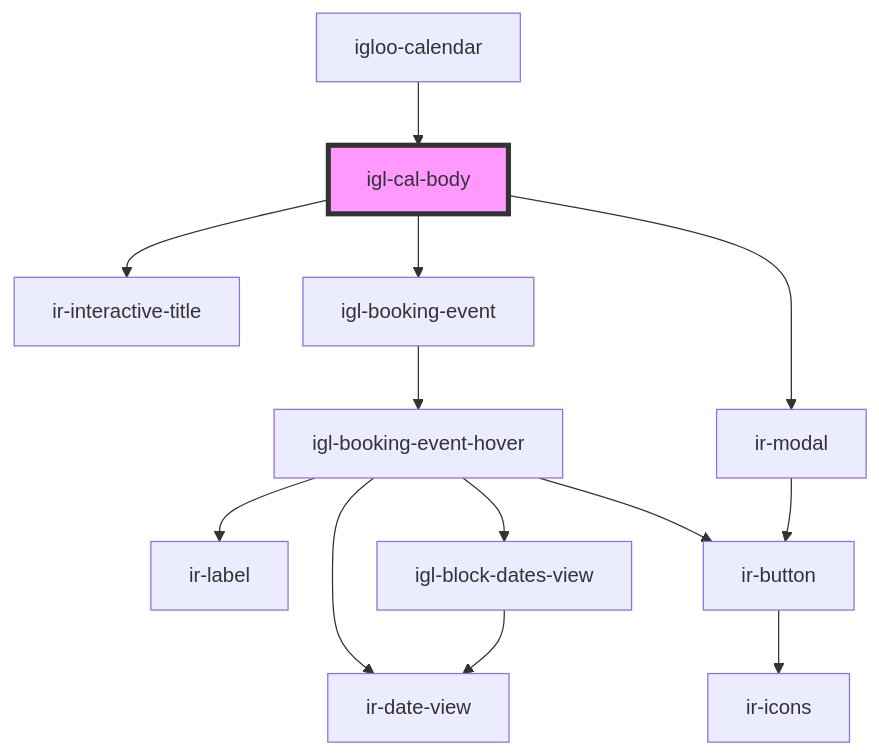
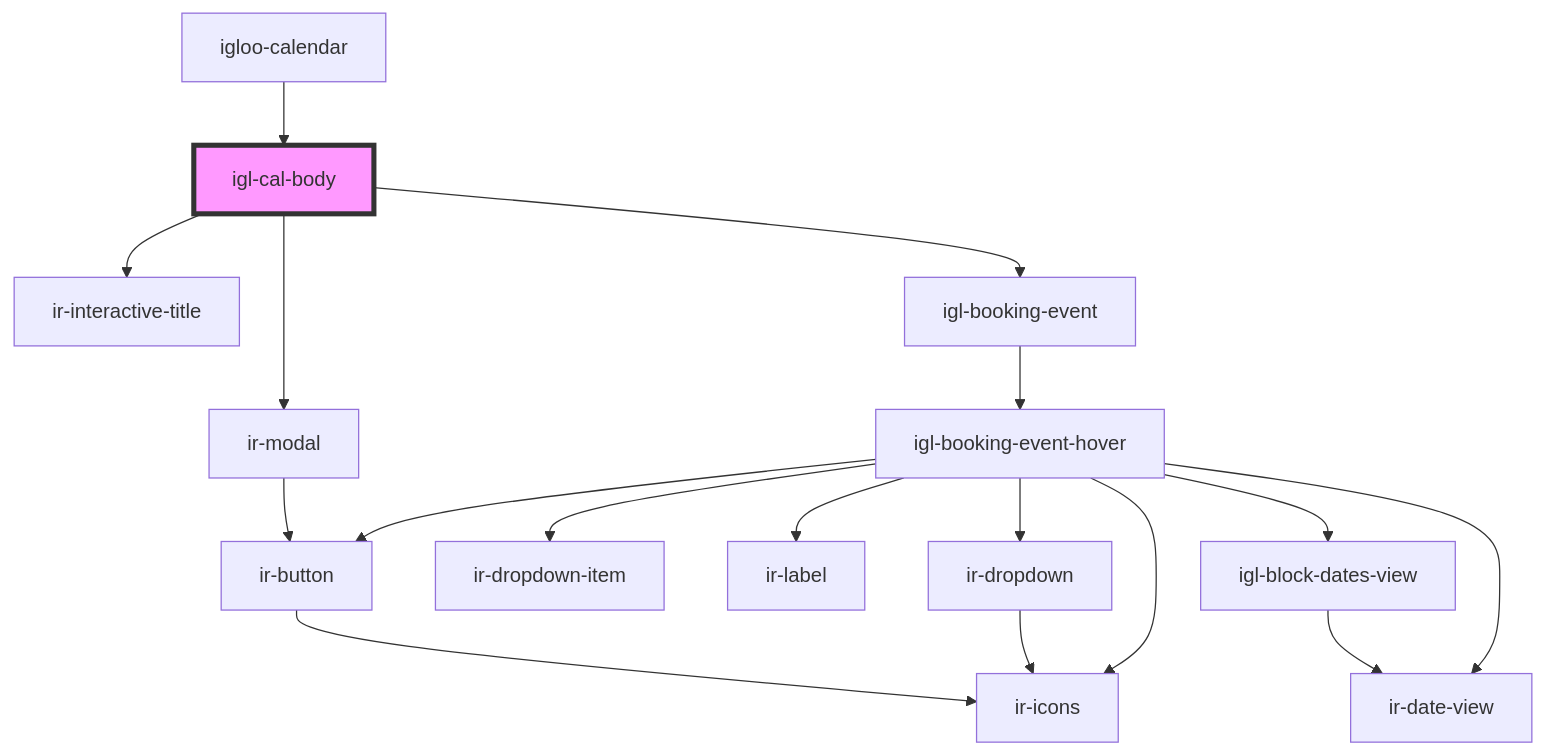
The diagram in src/components/igloo-calendar/igl-cal-body/readme.md (David1Chowaifaty/modified-ir-webcmp), drawn with Mermaid before and after one commit. The commit also changed 50 other files, not shown here.

````diff
--- a/src/components/igloo-calendar/igl-cal-body/readme.md
+++ b/src/components/igloo-calendar/igl-cal-body/readme.md
@@ -44,16 +44,20 @@
 ```mermaid
 graph TD;
   igl-cal-body --> ir-interactive-title
   igl-cal-body --> igl-booking-event
   igl-cal-body --> ir-modal
   igl-booking-event --> igl-booking-event-hover
+  igl-booking-event-hover --> ir-dropdown
+  igl-booking-event-hover --> ir-icons
+  igl-booking-event-hover --> ir-dropdown-item
   igl-booking-event-hover --> ir-date-view
   igl-booking-event-hover --> ir-label
   igl-booking-event-hover --> ir-button
   igl-booking-event-hover --> igl-block-dates-view
+  ir-dropdown --> ir-icons
   ir-button --> ir-icons
   igl-block-dates-view --> ir-date-view
   ir-modal --> ir-button
   igloo-calendar --> igl-cal-body
   style igl-cal-body fill:#f9f,stroke:#333,stroke-width:4px
 ```
````
